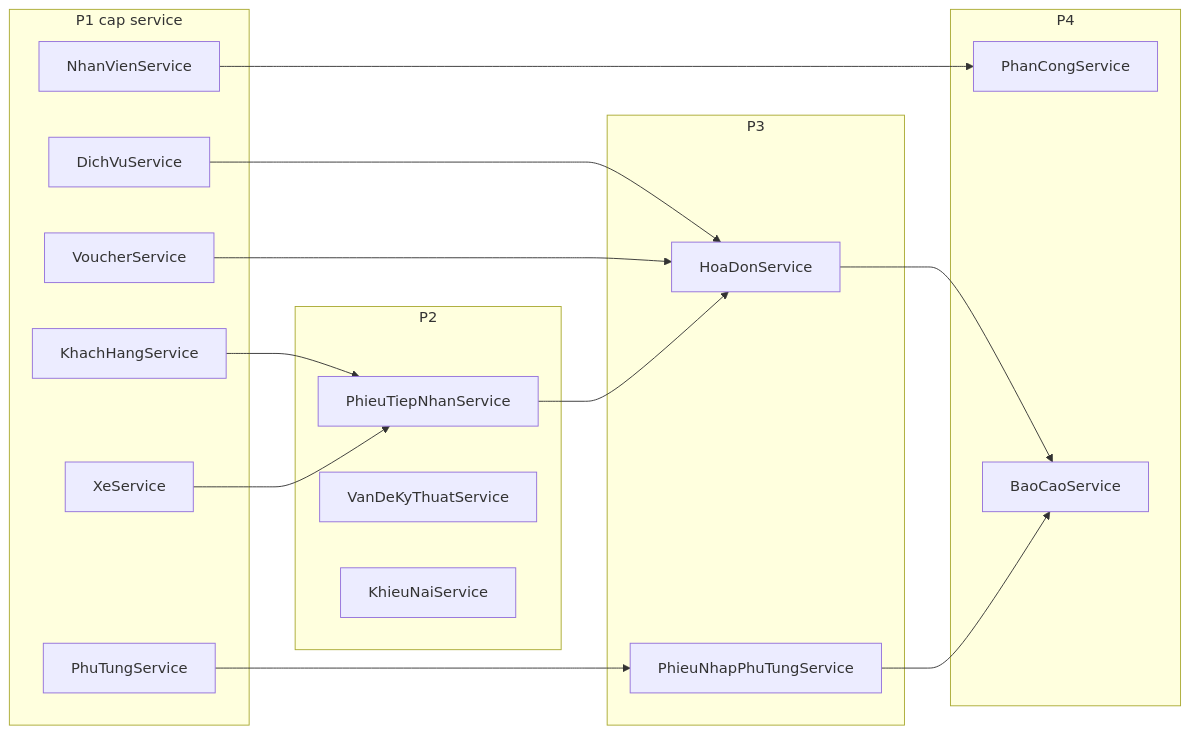
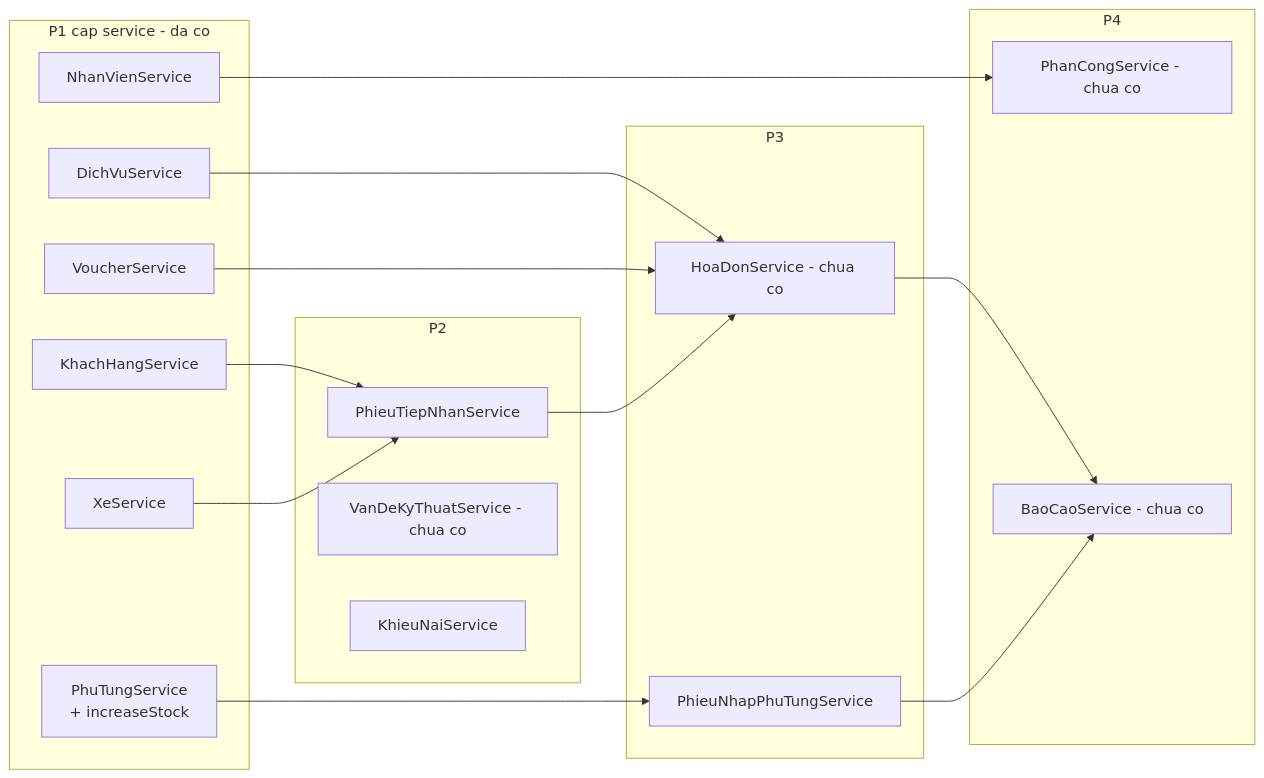
Before and after one commit to MaiTheHao/iuh-fall2026-ptud: the second of 10 diagrams in assets/tasks/DGRAPH.md, drawn with Mermaid. The commit also changed other lines of this file and 5 other files, not shown here.

````diff
--- a/assets/tasks/DGRAPH.md
+++ b/assets/tasks/DGRAPH.md
@@ -35,37 +29,37 @@
 ```mermaid
 flowchart LR
-    subgraph sgP1["P1 cap service"]
+    subgraph sgP1["P1 cap service - da co"]
         khs["KhachHangService"]
         svcXe["XeService"]
         nvs["NhanVienService"]
-        pts["PhuTungService"]
+        pts["PhuTungService<br/>+ increaseStock"]
         dvs["DichVuService"]
         vcs["VoucherService"]
     end
 
     subgraph sgP2["P2"]
         ptns["PhieuTiepNhanService"]
-        vdks["VanDeKyThuatService"]
+        vdks["VanDeKyThuatService - chua co"]
         kns["KhieuNaiService"]
     end
 
     subgraph sgP3["P3"]
         pnps["PhieuNhapPhuTungService"]
-        hds["HoaDonService"]
+        hds["HoaDonService - chua co"]
     end
 
     subgraph sgP4["P4"]
-        pcs["PhanCongService"]
-        bcs["BaoCaoService"]
+        pcs["PhanCongService - chua co"]
+        bcs["BaoCaoService - chua co"]
     end
 
     khs --> ptns
     svcXe --> ptns
     nvs --> pcs
     pts --> pnps
     dvs --> hds
     vcs --> hds
     ptns --> hds
     hds --> bcs
     pnps --> bcs
 ```
````
